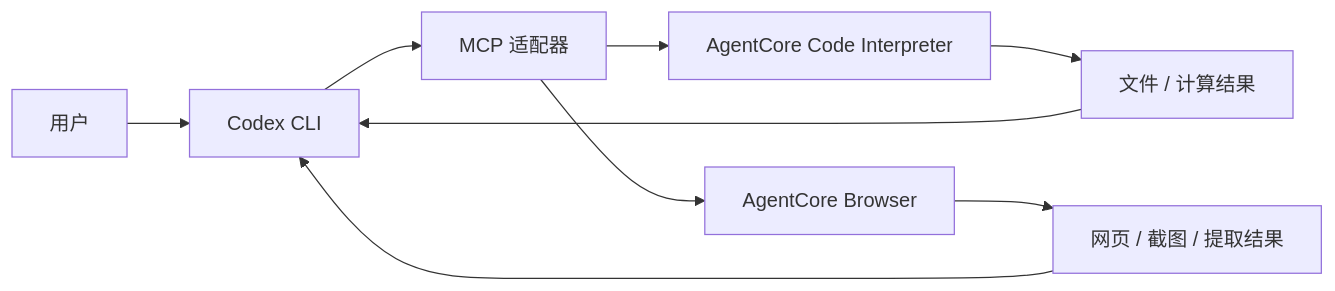
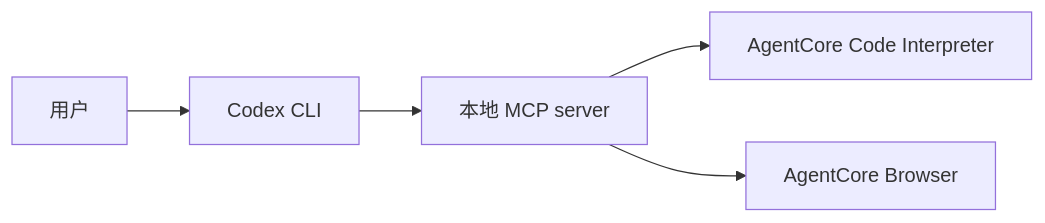
One commit to zjinsong/Learning-Agentcore changed the diagram in 06-codex-tools/README.md. Above: the diagram before and after it, drawn with Mermaid. The commit also changed other lines of this file, not shown here.

````diff
--- a/06-codex-tools/README.md
+++ b/06-codex-tools/README.md
@@ -13,11 +19,7 @@
-```mermaid
+~~~mermaid
 flowchart LR
     U[用户] --> C[Codex CLI]
-    C --> M[MCP 适配器]
-    M --> S[AgentCore Code Interpreter]
+    C --> M[本地 MCP server]
+    M --> I[AgentCore Code Interpreter]
     M --> B[AgentCore Browser]
-    S --> O[文件 / 计算结果]
-    B --> W[网页 / 截图 / 提取结果]
-    O --> C
-    W --> C
-```
+~~~
````
